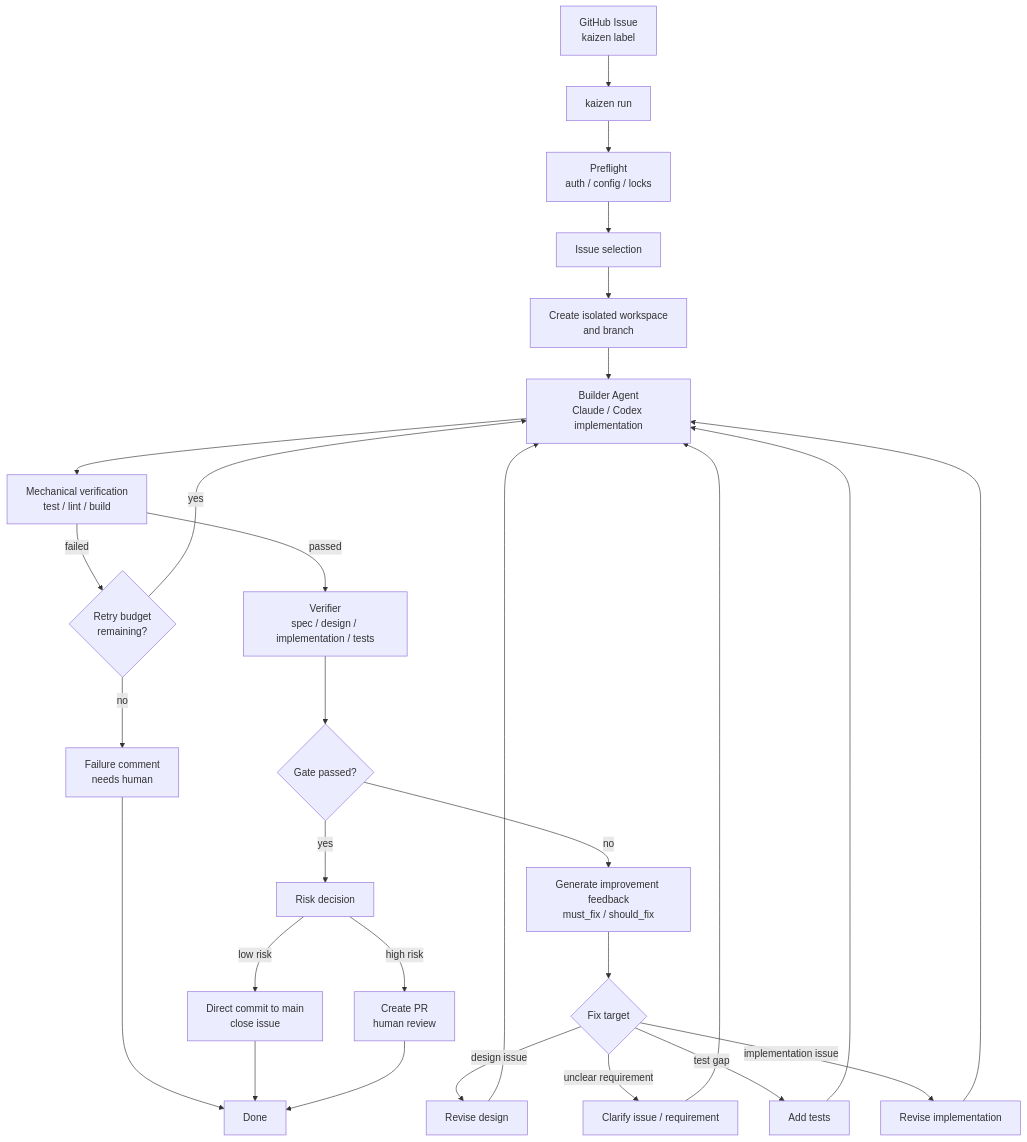
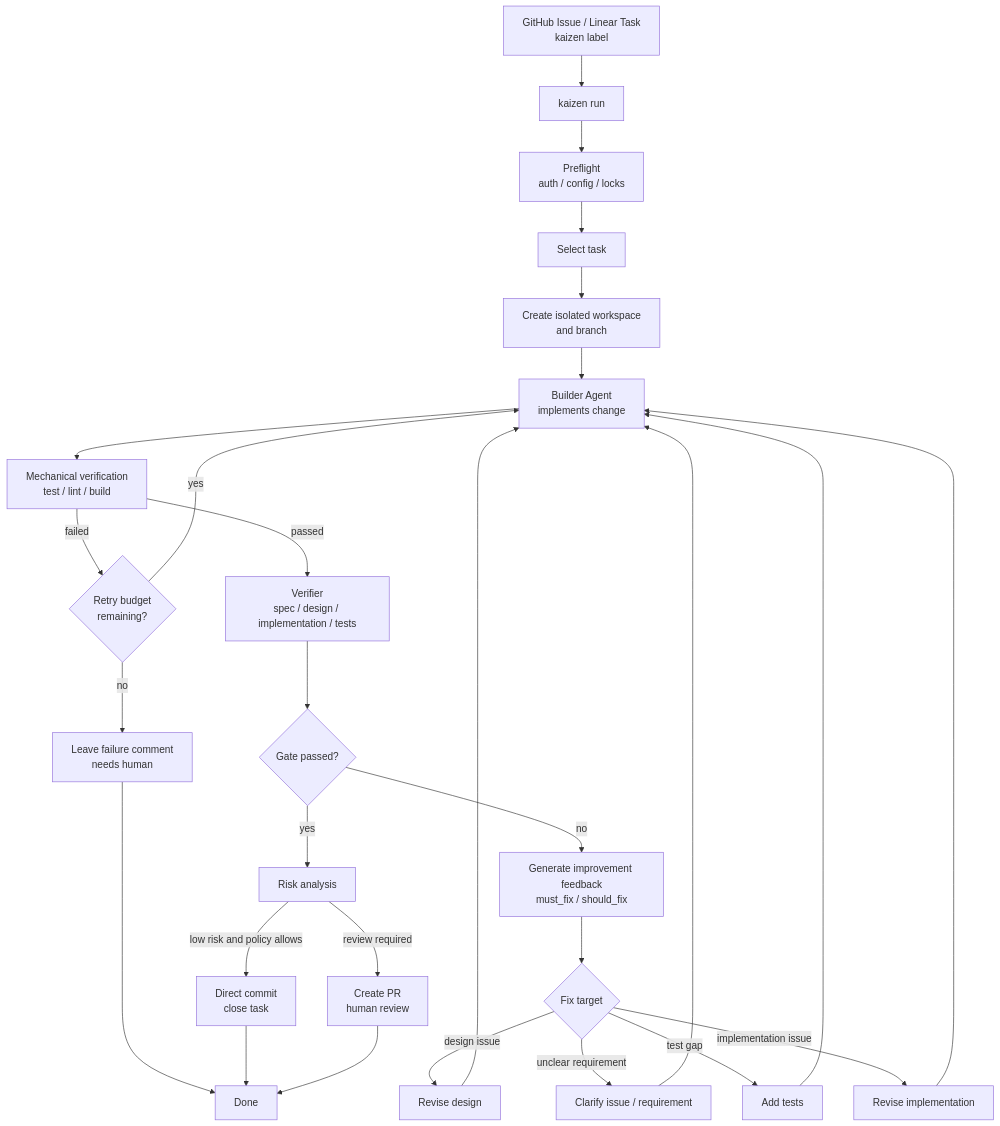
One commit to kaizen-agents-org/.github changed the second of 6 diagrams in docs/architecture.md. Above: the diagram before and after it, drawn with Mermaid. The commit also changed other lines of this file and 1 other file, not shown here.

Commit message:
docs: refine kaizen agents documentation

````diff
--- a/docs/architecture.md
+++ b/docs/architecture.md
@@ -29,37 +33,36 @@
 ```mermaid
 flowchart TB
-    A["GitHub Issue<br/>kaizen label"] --> B["kaizen run"]
-    B --> C["Preflight<br/>auth / config / locks"]
-    C --> D["Issue selection"]
-    D --> E["Create isolated workspace<br/>and branch"]
-    E --> F["Builder Agent<br/>Claude / Codex implementation"]
+    Task["GitHub Issue / Linear Task<br/>kaizen label"] --> Run["kaizen run"]
+    Run --> Preflight["Preflight<br/>auth / config / locks"]
+    Preflight --> Select["Select task"]
+    Select --> Workspace["Create isolated workspace<br/>and branch"]
+    Workspace --> Builder["Builder Agent<br/>implements change"]
 
-    F --> G["Mechanical verification<br/>test / lint / build"]
+    Builder --> Checks["Mechanical verification<br/>test / lint / build"]
+    Checks -->|failed| Retry{"Retry budget<br/>remaining?"}
+    Retry -->|yes| Builder
+    Retry -->|no| Human["Leave failure comment<br/>needs human"]
 
-    G -->|failed| H{"Retry budget<br/>remaining?"}
-    H -->|yes| F
-    H -->|no| I["Failure comment<br/>needs human"]
+    Checks -->|passed| Verifier["Verifier<br/>spec / design / implementation / tests"]
+    Verifier --> Gate{"Gate passed?"}
 
-    G -->|passed| J["Verifier<br/>spec / design / implementation / tests"]
-    J --> K{"Gate passed?"}
+    Gate -->|no| Feedback["Generate improvement feedback<br/>must_fix / should_fix"]
+    Feedback --> Target{"Fix target"}
+    Target -->|design issue| Design["Revise design"]
+    Target -->|unclear requirement| Requirement["Clarify issue / requirement"]
+    Target -->|test gap| Tests["Add tests"]
+    Target -->|implementation issue| Implementation["Revise implementation"]
 
-    K -->|yes| L["Risk decision"]
-    L -->|low risk| M["Direct commit to main<br/>close issue"]
-    L -->|high risk| N["Create PR<br/>human review"]
+    Design --> Builder
+    Requirement --> Builder
+    Tests --> Builder
+    Implementation --> Builder
 
-    K -->|no| O["Generate improvement feedback<br/>must_fix / should_fix"]
-    O --> P{"Fix target"}
-    P -->|design issue| Q["Revise design"]
-    P -->|unclear requirement| R["Clarify issue / requirement"]
-    P -->|test gap| S["Add tests"]
-    P -->|implementation issue| T["Revise implementation"]
+    Gate -->|yes| Risk["Risk analysis"]
+    Risk -->|low risk and policy allows| Commit["Direct commit<br/>close task"]
+    Risk -->|review required| PR["Create PR<br/>human review"]
 
-    Q --> F
-    R --> F
-    S --> F
-    T --> F
-
-    I --> U["Done"]
-    M --> U
-    N --> U
+    Human --> Done["Done"]
+    Commit --> Done
+    PR --> Done
 ```
````
